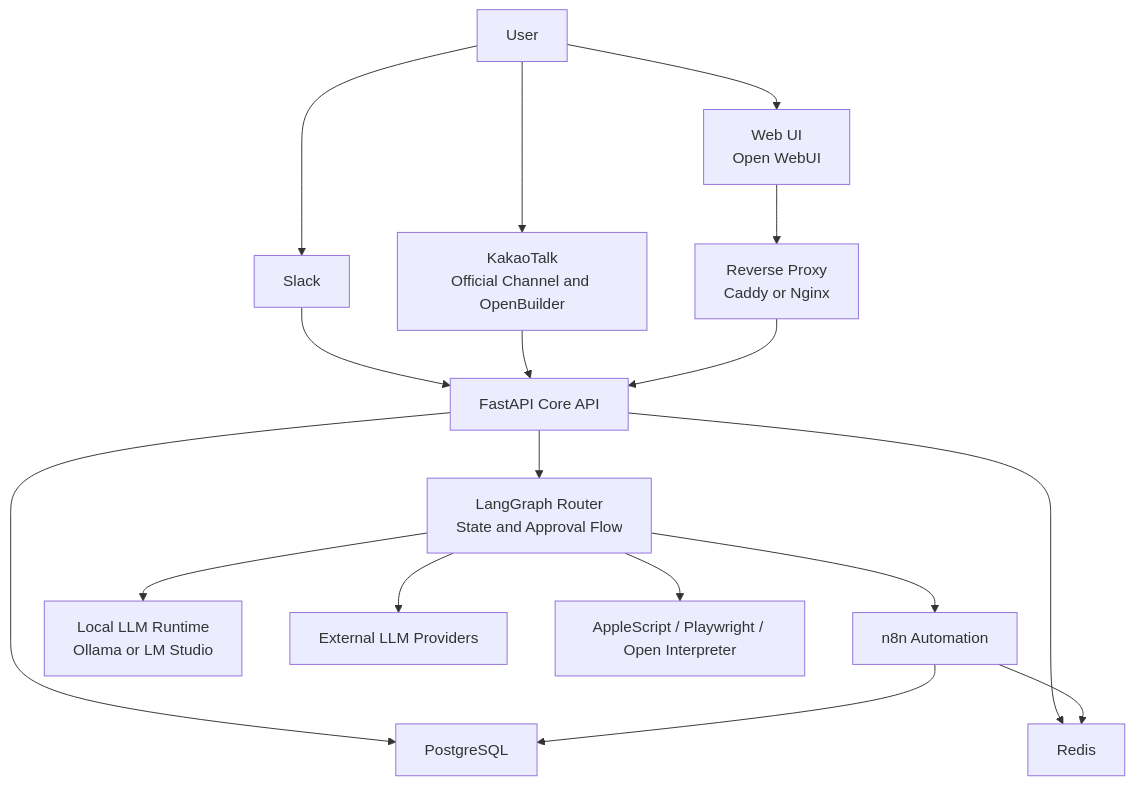
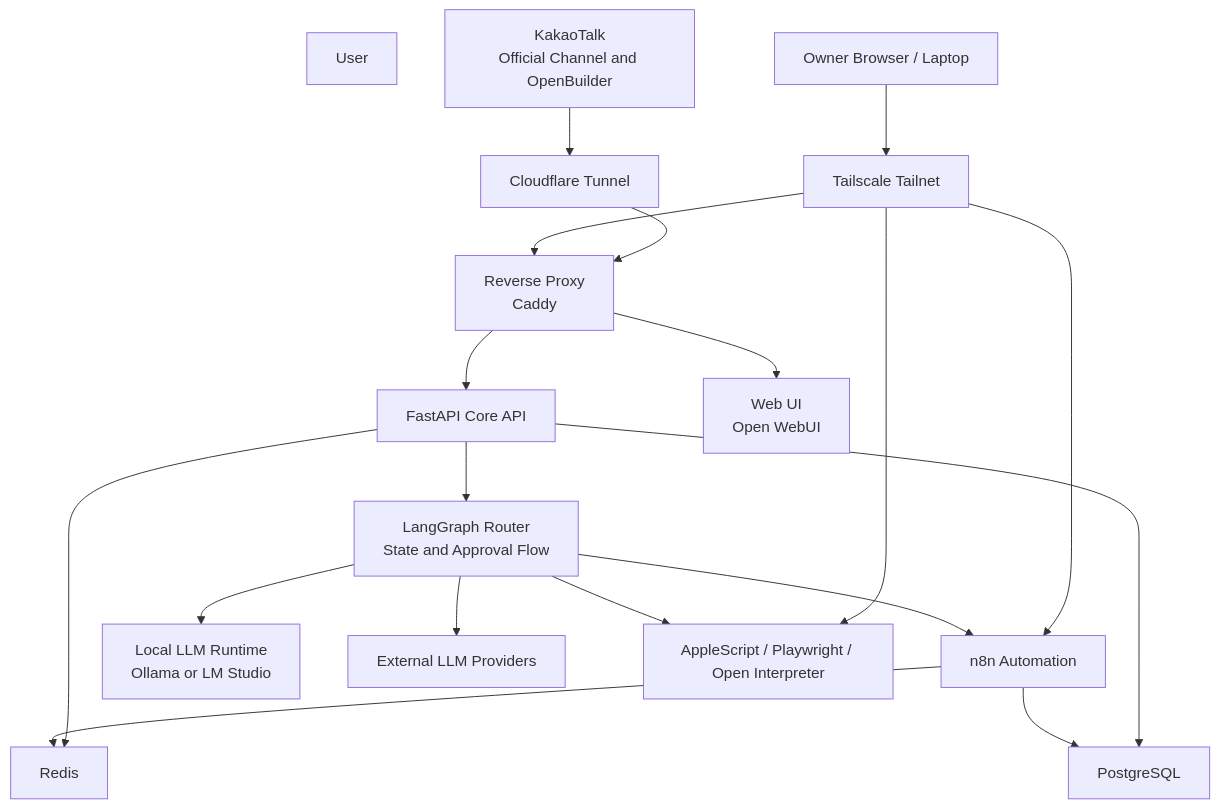
The diagram in docs/architecture.md (la9527/ai-assistant), drawn with Mermaid before and after one commit. The commit also changed other lines of this file and 5 other files, not shown here.

````diff
--- a/docs/architecture.md
+++ b/docs/architecture.md
@@ -24,37 +24,40 @@
 ```mermaid
 flowchart TB
-    User[User]
-    Web[Web UI\nOpen WebUI]
-    Slack[Slack]
-    Kakao[KakaoTalk\nOfficial Channel and OpenBuilder]
+  User[User]
+  Kakao[KakaoTalk\nOfficial Channel and OpenBuilder]
+  Browser[Owner Browser / Laptop]
+  Cloudflare[Cloudflare Tunnel]
+  Tailscale[Tailscale Tailnet]
 
-    Proxy[Reverse Proxy\nCaddy or Nginx]
+  Proxy[Reverse Proxy\nCaddy]
     API[FastAPI Core API]
     Graph[LangGraph Router\nState and Approval Flow]
     N8N[n8n Automation]
+  Web[Web UI\nOpen WebUI]
     LocalRuntime[Local LLM Runtime\nOllama or LM Studio]
     ExtLLM[External LLM Providers]
     Redis[Redis]
     Postgres[PostgreSQL]
     MacTools[AppleScript / Playwright / Open Interpreter]
 
-    User --> Web
-    User --> Slack
-    User --> Kakao
+  Kakao --> Cloudflare
+  Cloudflare --> Proxy
+  Browser --> Tailscale
+  Tailscale --> Proxy
+  Tailscale --> N8N
+  Tailscale --> MacTools
 
-    Web --> Proxy
-    Slack --> API
-    Kakao --> API
     Proxy --> API
+  Proxy --> Web
 
     API --> Graph
     Graph --> LocalRuntime
     Graph --> ExtLLM
     Graph --> N8N
     Graph --> MacTools
 
     API --> Redis
     API --> Postgres
     N8N --> Postgres
     N8N --> Redis
 ```
````
